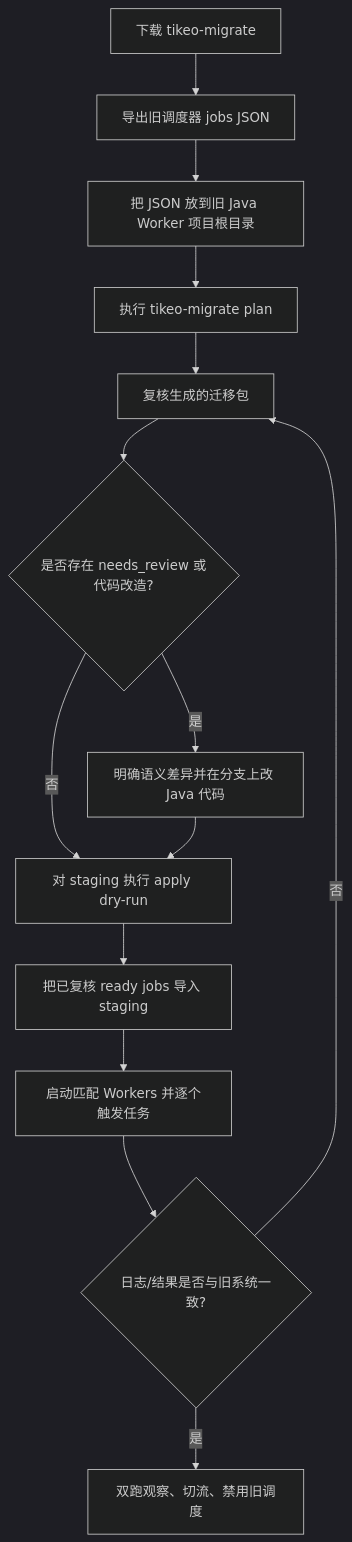
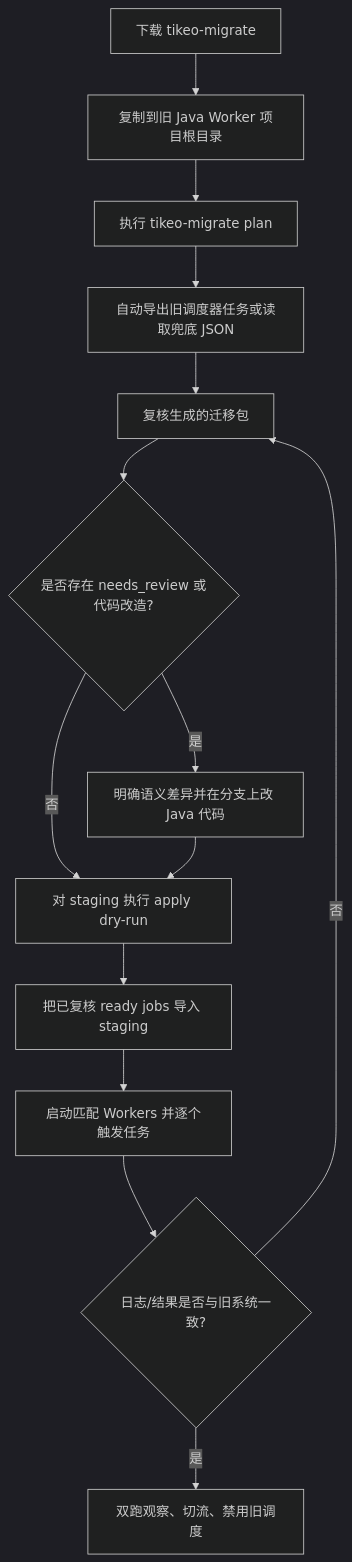
The diagram in README.zh-CN.md (yhyzgn/tikeo), drawn with Mermaid (dark theme) before and after one commit. The commit also changed other lines of this file and 8 other files, not shown here.

````diff
--- a/README.zh-CN.md
+++ b/README.zh-CN.md
@@ -227,16 +227,16 @@
 ```mermaid
 flowchart TD
-  A[下载 tikeo-migrate] --> B[导出旧调度器 jobs JSON]
-  B --> C[把 JSON 放到旧 Java Worker 项目根目录]
-  C --> D[执行 tikeo-migrate plan]
+  A[下载 tikeo-migrate] --> B[复制到旧 Java Worker 项目根目录]
+  B --> C[执行 tikeo-migrate plan]
+  C --> D[自动导出旧调度器任务或读取兜底 JSON]
   D --> E[复核生成的迁移包]
   E --> F{是否存在 needs_review 或代码改造?}
   F -- 是 --> G[明确语义差异并在分支上改 Java 代码]
   F -- 否 --> H[对 staging 执行 apply dry-run]
   G --> H
   H --> I[把已复核 ready jobs 导入 staging]
   I --> J[启动匹配 Workers 并逐个触发任务]
   J --> K{日志/结果是否与旧系统一致?}
   K -- 否 --> E
   K -- 是 --> L[双跑观察、切流、禁用旧调度]
 ```
````
